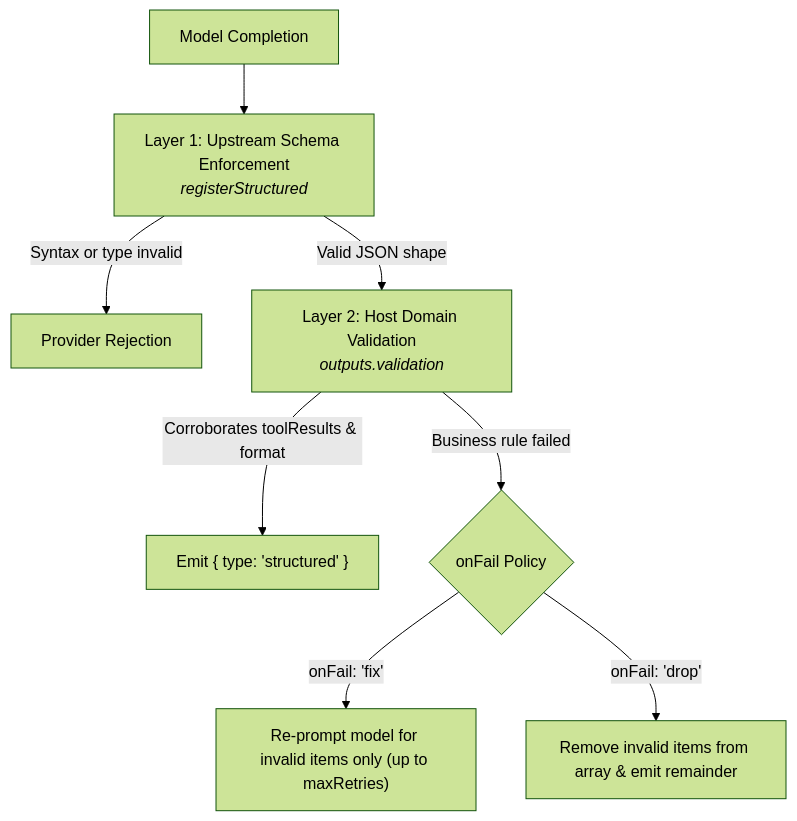
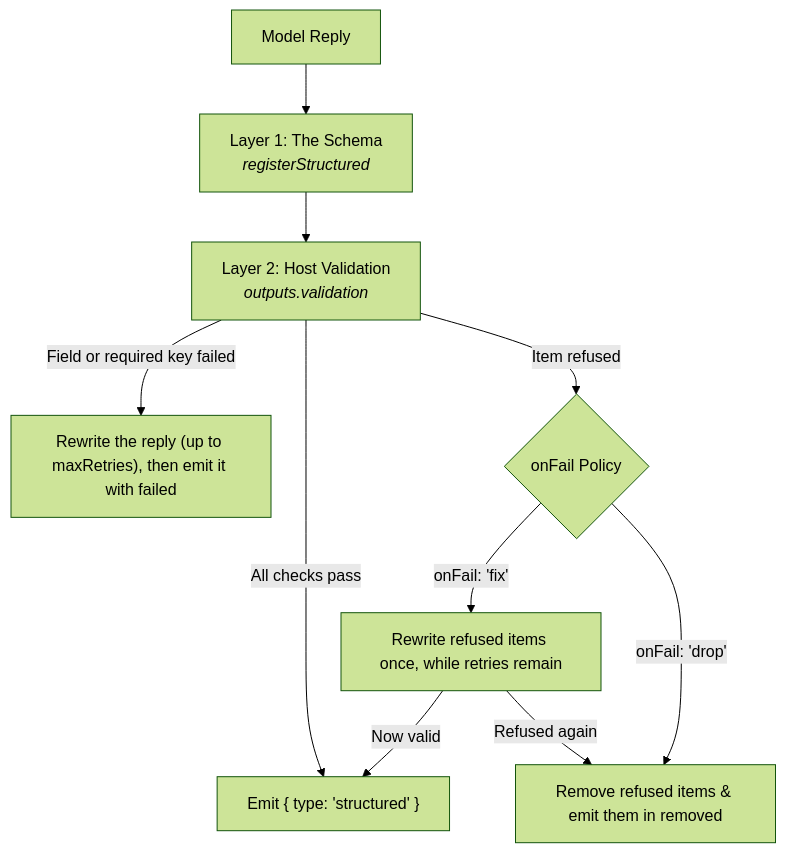
The diagram in app/lib/docs/articles/profiles/text.md (masudl-hub/theoremai-frontend), drawn with Mermaid (forest theme) before and after one commit. The commit also changed other lines of this file and 34 other files, not shown here.

````diff
--- a/app/lib/docs/articles/profiles/text.md
+++ b/app/lib/docs/articles/profiles/text.md
@@ -63,10 +64,12 @@
 ```mermaid
 flowchart TD
-    Model["Model Completion"] --> Gram["Layer 1: Upstream Schema Enforcement<br/><i>registerStructured</i>"]
-    Gram -- Syntax or type invalid --> RetryGram["Provider Rejection"]
-    Gram -- Valid JSON shape --> Host["Layer 2: Host Domain Validation<br/><i>outputs.validation</i>"]
-    Host -- Corroborates toolResults & format --> Pass["Emit { type: 'structured' }"]
-    Host -- Business rule failed --> Policy{"onFail Policy"}
-    Policy -- onFail: 'fix' --> Rewrite["Re-prompt model for invalid items only (up to maxRetries)"]
-    Policy -- onFail: 'drop' --> Strip["Remove invalid items from array & emit remainder"]
+    Model["Model Reply"] --> Gram["Layer 1: The Schema<br/><i>registerStructured</i>"]
+    Gram --> Host["Layer 2: Host Validation<br/><i>outputs.validation</i>"]
+    Host -- All checks pass --> Pass["Emit { type: 'structured' }"]
+    Host -- Field or required key failed --> Retry["Rewrite the reply (up to maxRetries), then emit it with failed"]
+    Host -- Item refused --> Policy{"onFail Policy"}
+    Policy -- onFail: 'fix' --> Rewrite["Rewrite refused items once, while retries remain"]
+    Rewrite -- Now valid --> Pass
+    Rewrite -- Refused again --> Strip
+    Policy -- onFail: 'drop' --> Strip["Remove refused items & emit them in removed"]
 ```
````
